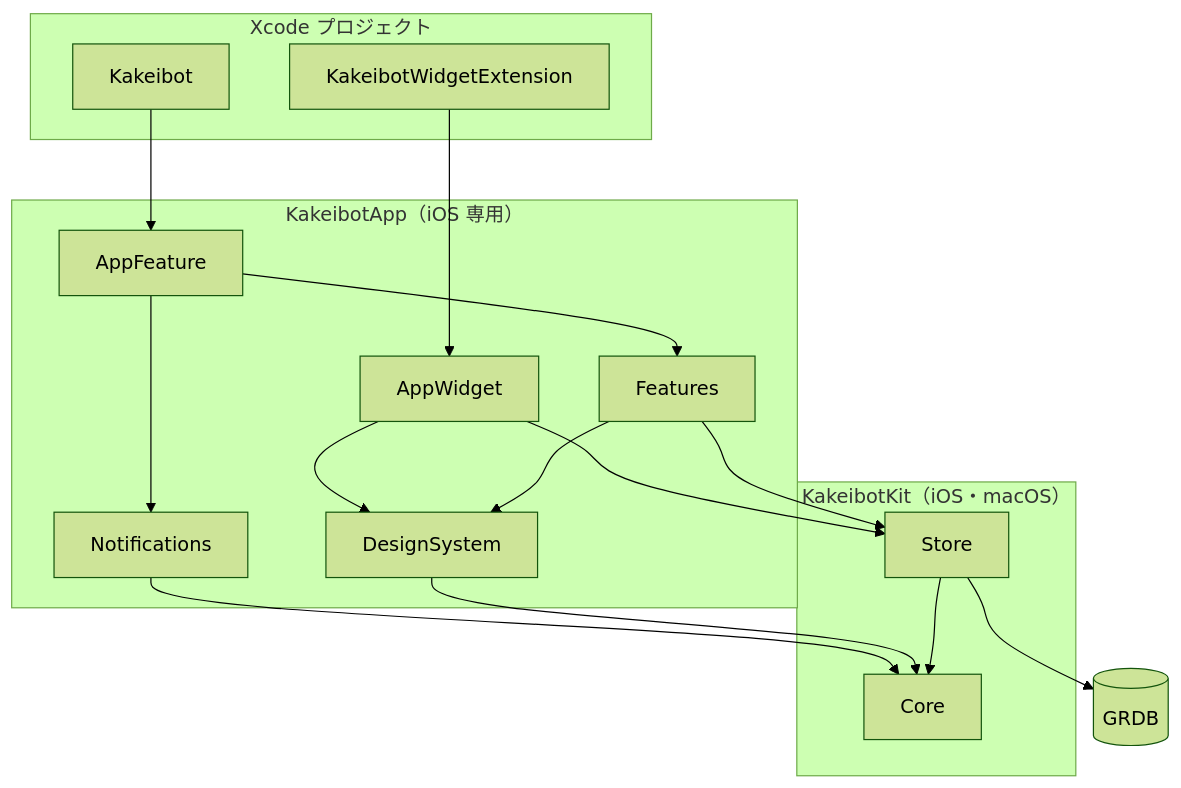
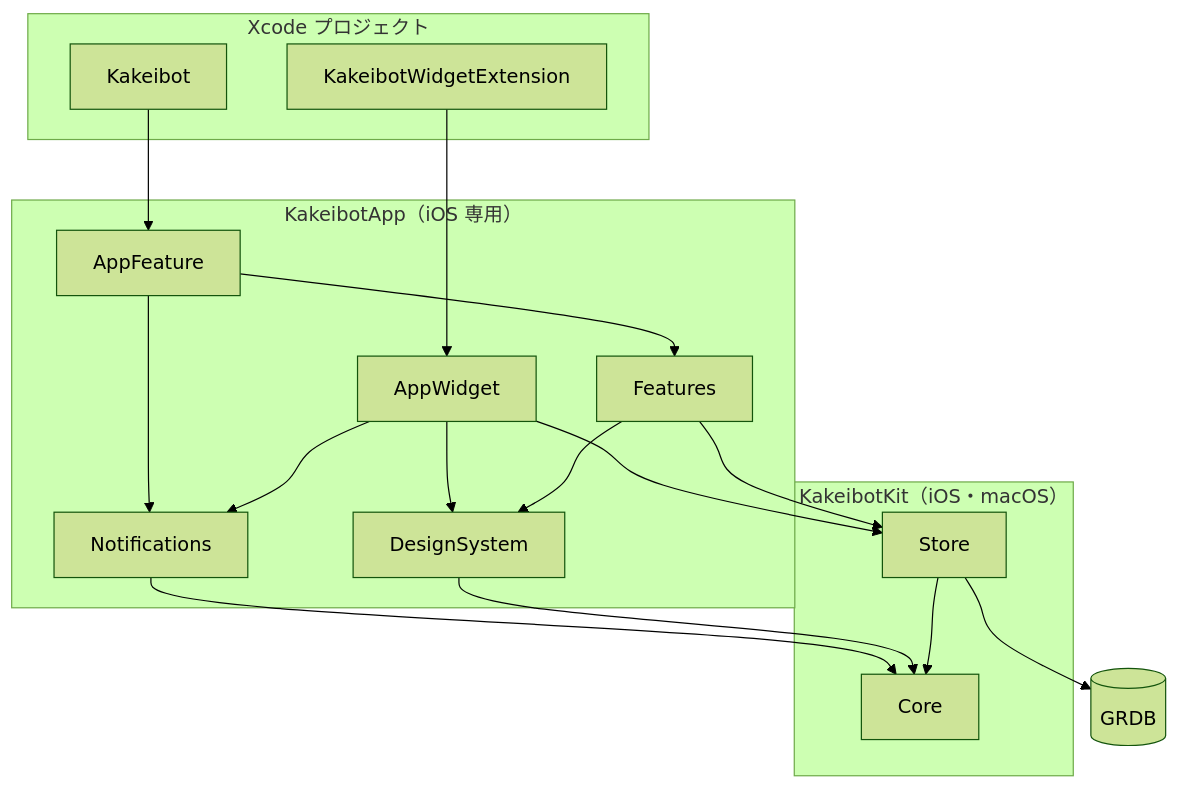
Before and after one commit to yossibank/kakeibot: the first of 2 diagrams in docs/architecture.md, drawn with Mermaid (forest theme). The commit also changed other lines of this file and 41 other files, not shown here.

````diff
--- a/docs/architecture.md
+++ b/docs/architecture.md
@@ -185,32 +185,33 @@
 ```mermaid
 flowchart TB
     subgraph xcode["Xcode プロジェクト"]
         App["Kakeibot"]
         Widget["KakeibotWidgetExtension"]
     end
     subgraph app["KakeibotApp（iOS 専用）"]
         AppFeature
         AppWidget
         Features
         Notifications
         DesignSystem
     end
     subgraph kit["KakeibotKit（iOS・macOS）"]
         Store
         Core
     end
     GRDB[("GRDB")]
 
     App --> AppFeature
     Widget --> AppWidget
     AppFeature --> Features
     AppFeature --> Notifications
+    AppWidget --> Notifications
     AppWidget --> Store
     AppWidget --> DesignSystem
     Features --> Store
     Features --> DesignSystem
     Notifications --> Core
     DesignSystem --> Core
     Store --> Core
     Store --> GRDB
 ```
````
